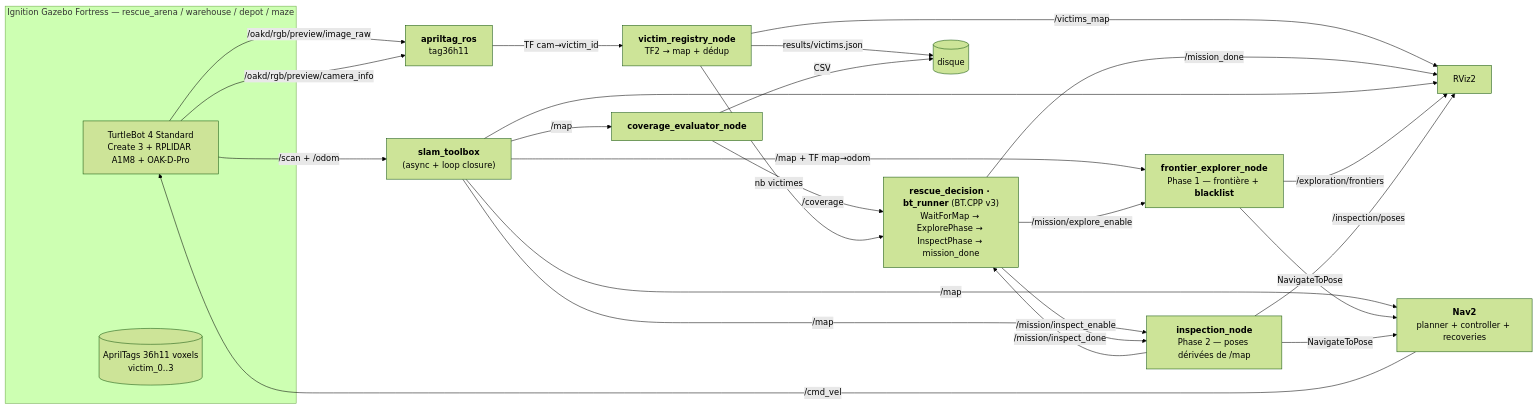
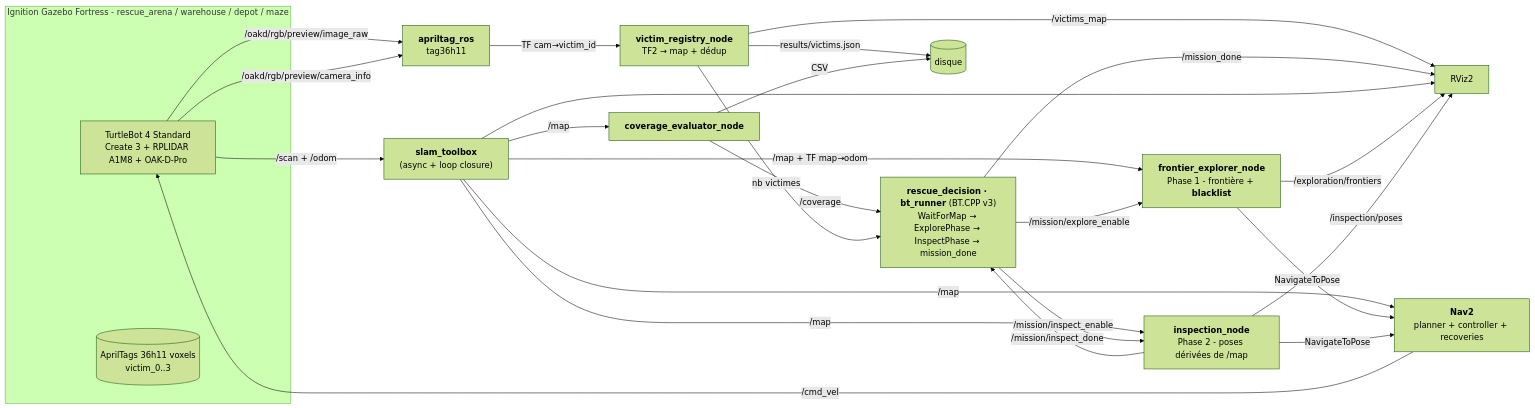
Before and after one commit to YiZeems/autonomous-search-and-rescue: the diagram in README.fr.md, drawn with Mermaid (forest theme). The commit also changed other lines of this file and 56 other files, not shown here.

````diff
--- a/README.fr.md
+++ b/README.fr.md
@@ -79,40 +100,40 @@
 ```mermaid
 flowchart LR
-    subgraph SIM["Ignition Gazebo Fortress — rescue_arena / warehouse / depot / maze"]
+    subgraph SIM["Ignition Gazebo Fortress - rescue_arena / warehouse / depot / maze"]
         ROBOT[TurtleBot 4 Standard<br/>Create 3 + RPLIDAR A1M8 + OAK-D-Pro]
         TAGS[(AprilTags 36h11 voxels<br/>victim_0..3)]
     end
 
     ROBOT -- /scan + /odom --> SLAM
     ROBOT -- /oakd/rgb/preview/image_raw --> APRIL
     ROBOT -- /oakd/rgb/preview/camera_info --> APRIL
 
     SLAM["<b>slam_toolbox</b><br/>(async + loop closure)"] -- "/map + TF map→odom" --> EXPLORE
     SLAM -- /map --> METRIC
     SLAM -- /map --> NAV2
     SLAM -- /map --> INSPECT
 
     APRIL["<b>apriltag_ros</b><br/>tag36h11"] -- TF cam→victim_id --> REG
 
     BT["<b>rescue_decision · bt_runner</b> (BT.CPP v3)<br/>WaitForMap → ExplorePhase → InspectPhase → mission_done"]
     BT -- /mission/explore_enable --> EXPLORE
     BT -- /mission/inspect_enable --> INSPECT
     METRIC -- /coverage --> BT
     INSPECT -- /mission/inspect_done --> BT
     REG -- nb victimes --> BT
 
-    EXPLORE["<b>frontier_explorer_node</b><br/>Phase 1 — frontière + <b>blacklist</b>"] -- NavigateToPose --> NAV2
-    INSPECT["<b>inspection_node</b><br/>Phase 2 — poses dérivées de /map"] -- NavigateToPose --> NAV2
+    EXPLORE["<b>frontier_explorer_node</b><br/>Phase 1 - frontière + <b>blacklist</b>"] -- NavigateToPose --> NAV2
+    INSPECT["<b>inspection_node</b><br/>Phase 2 - poses dérivées de /map"] -- NavigateToPose --> NAV2
     REG["<b>victim_registry_node</b><br/>TF2 → map + dédup"] -- /victims_map --> RVIZ
     REG -- results/victims.json --> FS[(disque)]
 
     NAV2["<b>Nav2</b><br/>planner + controller + recoveries"] -- /cmd_vel --> ROBOT
 
     METRIC["<b>coverage_evaluator_node</b>"] -- CSV --> FS
     BT -- /mission_done --> RVIZ
 
     RVIZ[RViz2]
     SLAM --> RVIZ
     EXPLORE -- /exploration/frontiers --> RVIZ
     INSPECT -- /inspection/poses --> RVIZ
 ```
````
